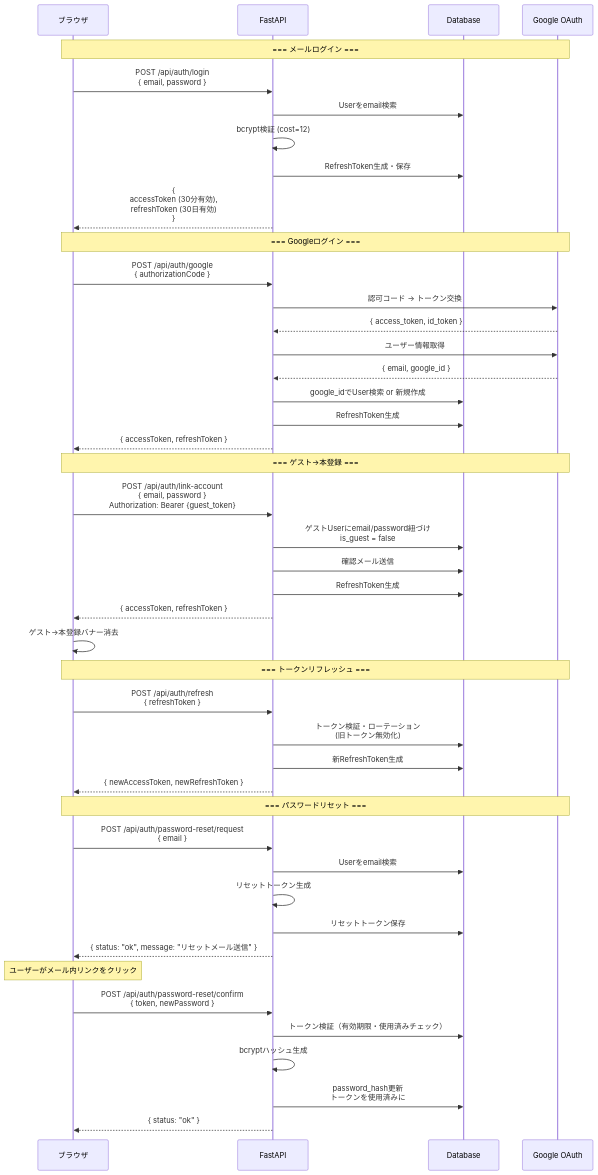
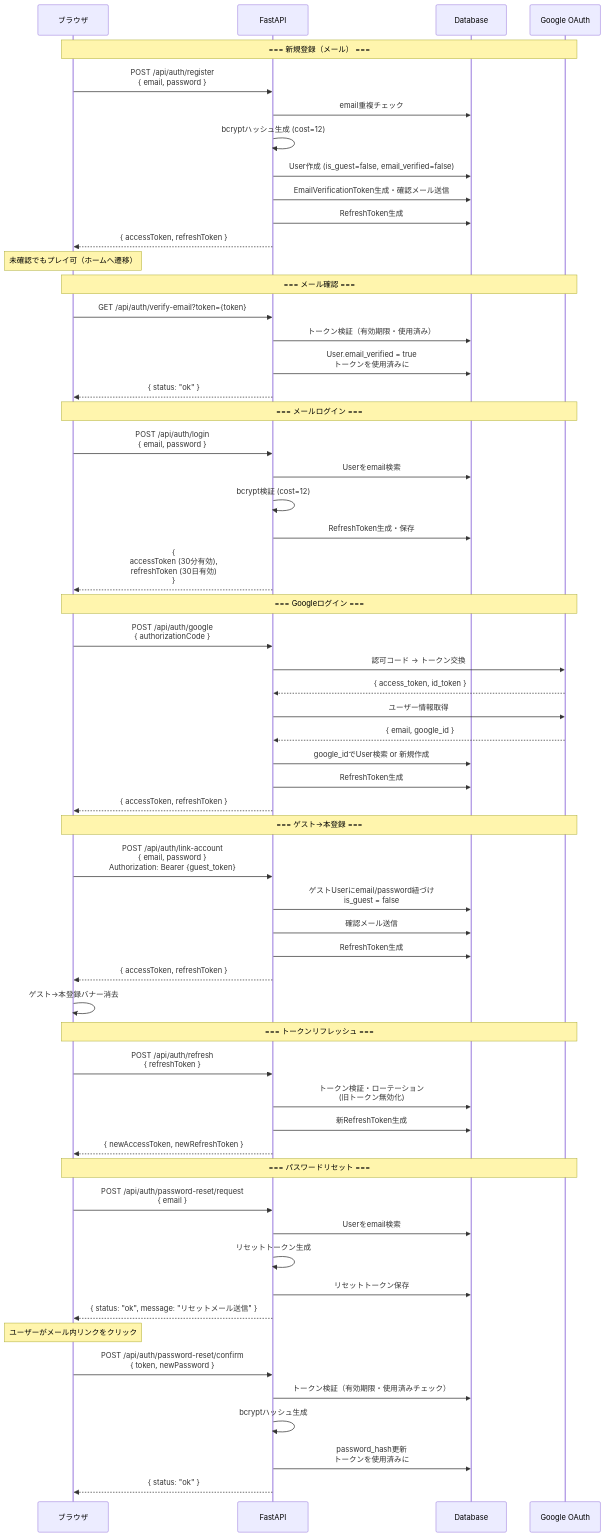
One commit to dateeee/2026_AFKGAME changed the diagram in diagrams/api_sequence/auth.md. Above: the diagram before and after it, drawn with Mermaid. The commit also changed 18 other files, not shown here.

First line of the commit message:
docs: 設計図レビュー指摘13件を反映し、システム構成図・画面遷移図を分割

````diff
--- a/diagrams/api_sequence/auth.md
+++ b/diagrams/api_sequence/auth.md
@@ -7,59 +7,77 @@
 ```mermaid
 %%{init: {'theme': 'default', 'sequence': {'actorFontSize': 18, 'messageFontSize': 16, 'noteFontSize': 14}} }%%
 sequenceDiagram
     participant B as ブラウザ
     participant API as FastAPI
     participant DB as Database
     participant Google as Google OAuth
+
+    Note over B,Google: === 新規登録（メール） ===
+
+    B->>API: POST /api/auth/register<br/>{ email, password }
+    API->>DB: email重複チェック
+    API->>API: bcryptハッシュ生成 (cost=12)
+    API->>DB: User作成 (is_guest=false, email_verified=false)
+    API->>DB: EmailVerificationToken生成・確認メール送信
+    API->>DB: RefreshToken生成
+    API-->>B: { accessToken, refreshToken }
+    Note over B: 未確認でもプレイ可（ホームへ遷移）
+
+    Note over B,Google: === メール確認 ===
+
+    B->>API: GET /api/auth/verify-email?token={token}
+    API->>DB: トークン検証（有効期限・使用済み）
+    API->>DB: User.email_verified = true<br/>トークンを使用済みに
+    API-->>B: { status: "ok" }
 
     Note over B,Google: === メールログイン ===
 
     B->>API: POST /api/auth/login<br/>{ email, password }
     API->>DB: Userをemail検索
     API->>API: bcrypt検証 (cost=12)
     API->>DB: RefreshToken生成・保存
     API-->>B: {<br/>  accessToken (30分有効),<br/>  refreshToken (30日有効)<br/>}
 
     Note over B,Google: === Googleログイン ===
 
     B->>API: POST /api/auth/google<br/>{ authorizationCode }
     API->>Google: 認可コード → トークン交換
     Google-->>API: { access_token, id_token }
     API->>Google: ユーザー情報取得
     Google-->>API: { email, google_id }
     API->>DB: google_idでUser検索 or 新規作成
     API->>DB: RefreshToken生成
     API-->>B: { accessToken, refreshToken }
 
     Note over B,Google: === ゲスト→本登録 ===
 
     B->>API: POST /api/auth/link-account<br/>{ email, password }<br/>Authorization: Bearer {guest_token}
     API->>DB: ゲストUserにemail/password紐づけ<br/>is_guest = false
     API->>DB: 確認メール送信
     API->>DB: RefreshToken生成
     API-->>B: { accessToken, refreshToken }
     B->>B: ゲスト→本登録バナー消去
 
     Note over B,Google: === トークンリフレッシュ ===
 
     B->>API: POST /api/auth/refresh<br/>{ refreshToken }
     API->>DB: トークン検証・ローテーション<br/>(旧トークン無効化)
     API->>DB: 新RefreshToken生成
     API-->>B: { newAccessToken, newRefreshToken }
 
     Note over B,Google: === パスワードリセット ===
 
     B->>API: POST /api/auth/password-reset/request<br/>{ email }
     API->>DB: Userをemail検索
     API->>API: リセットトークン生成
     API->>DB: リセットトークン保存
     API-->>B: { status: "ok", message: "リセットメール送信" }
 
     Note over B: ユーザーがメール内リンクをクリック
 
     B->>API: POST /api/auth/password-reset/confirm<br/>{ token, newPassword }
     API->>DB: トークン検証（有効期限・使用済みチェック）
     API->>API: bcryptハッシュ生成
     API->>DB: password_hash更新<br/>トークンを使用済みに
     API-->>B: { status: "ok" }
 ```
````
